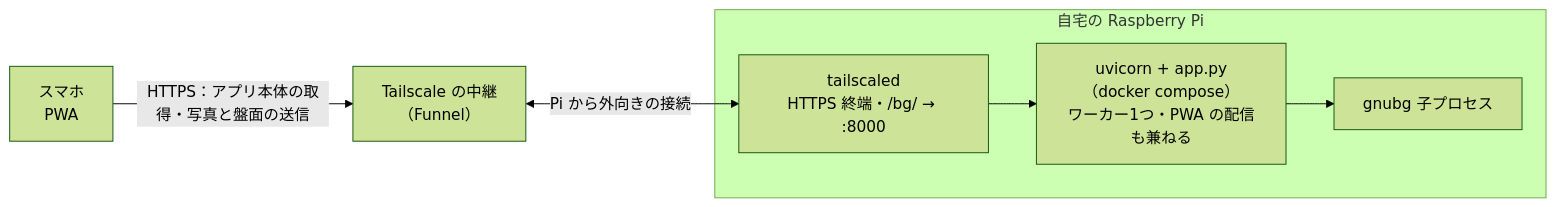
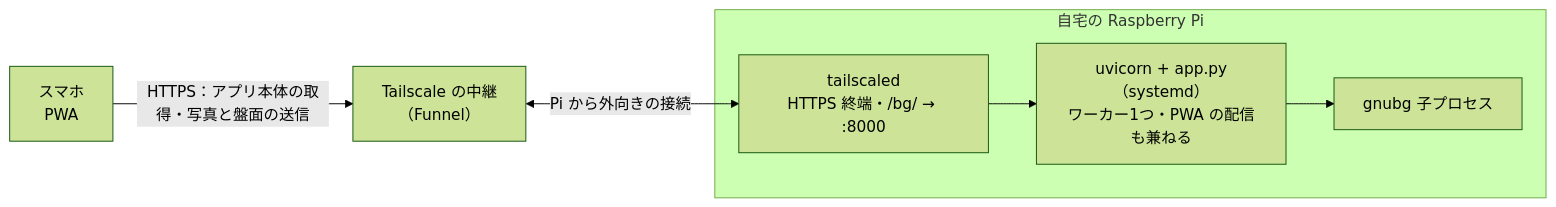
One commit to ytani01/bganalyzer changed the fifth of 5 diagrams in README.md. Above: the diagram before and after it, drawn with Mermaid (forest theme). The commit also changed other lines of this file and 23 other files, not shown here.

First line of the commit message:
feat(pi): Docker をやめ、Pi の常駐を uv と systemd にする（TODO-056）

````diff
--- a/README.md
+++ b/README.md
@@ -172,14 +158,14 @@
 ```mermaid
 flowchart LR
     phone["スマホ<br/>PWA"]
     relay["Tailscale の中継<br/>（Funnel）"]
     subgraph pi["自宅の Raspberry Pi"]
         tsd["tailscaled<br/>HTTPS 終端・/bg/ → :8000"]
-        uv["uvicorn + app.py（docker compose）<br/>ワーカー1つ・PWA の配信も兼ねる"]
+        uv["uvicorn + app.py（systemd）<br/>ワーカー1つ・PWA の配信も兼ねる"]
         child["gnubg 子プロセス"]
         tsd --> uv --> child
     end
 
     phone -- "HTTPS：アプリ本体の取得・写真と盤面の送信" --> relay
     relay <-- "Pi から外向きの接続" --> tsd
 ```
````
